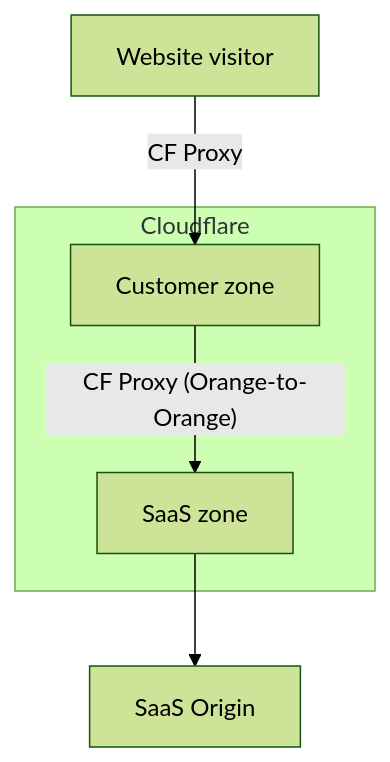
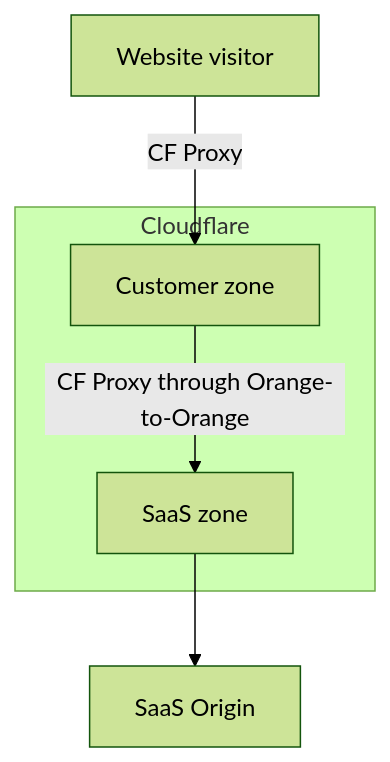
Before and after one commit to cloudflare/cloudflare-docs: the second of 2 diagrams in content/cloudflare-for-platforms/cloudflare-for-saas/saas-customers/how-it-works.md, drawn with Mermaid (forest theme).

Commit message:
Update diagrams

````diff
--- a/content/cloudflare-for-platforms/cloudflare-for-saas/saas-customers/how-it-works.md
+++ b/content/cloudflare-for-platforms/cloudflare-for-saas/saas-customers/how-it-works.md
@@ -33,17 +33,17 @@
 ```mermaid
 graph TD
 accTitle: Orange-to-orange process diagram
 
 A[Website visitor]
 
 subgraph Cloudflare
   B[Customer zone]
   C[SaaS zone]
 end
 
 D[SaaS Origin]
 
 A -->|CF Proxy| B
-B -->|"CF Proxy (Orange-to-Orange)"| C
+B -->|CF Proxy through Orange-to-Orange| C
 C --> D
 ```
````
